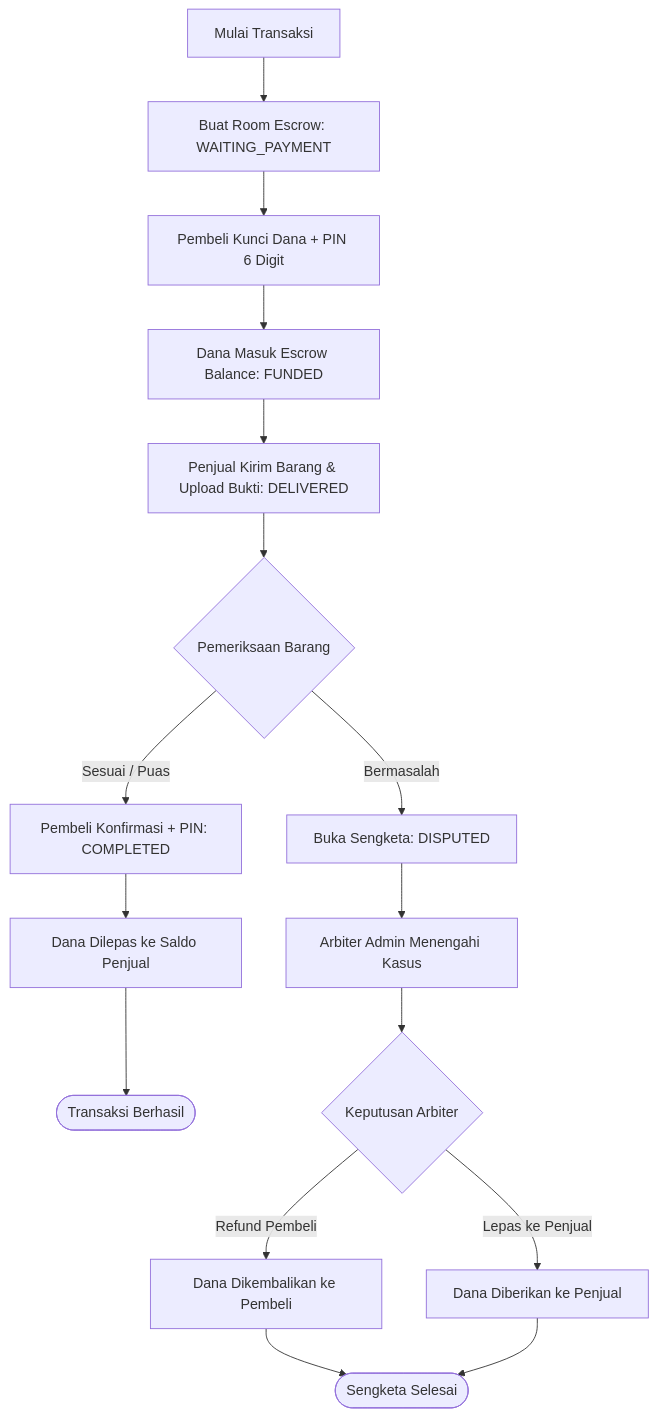
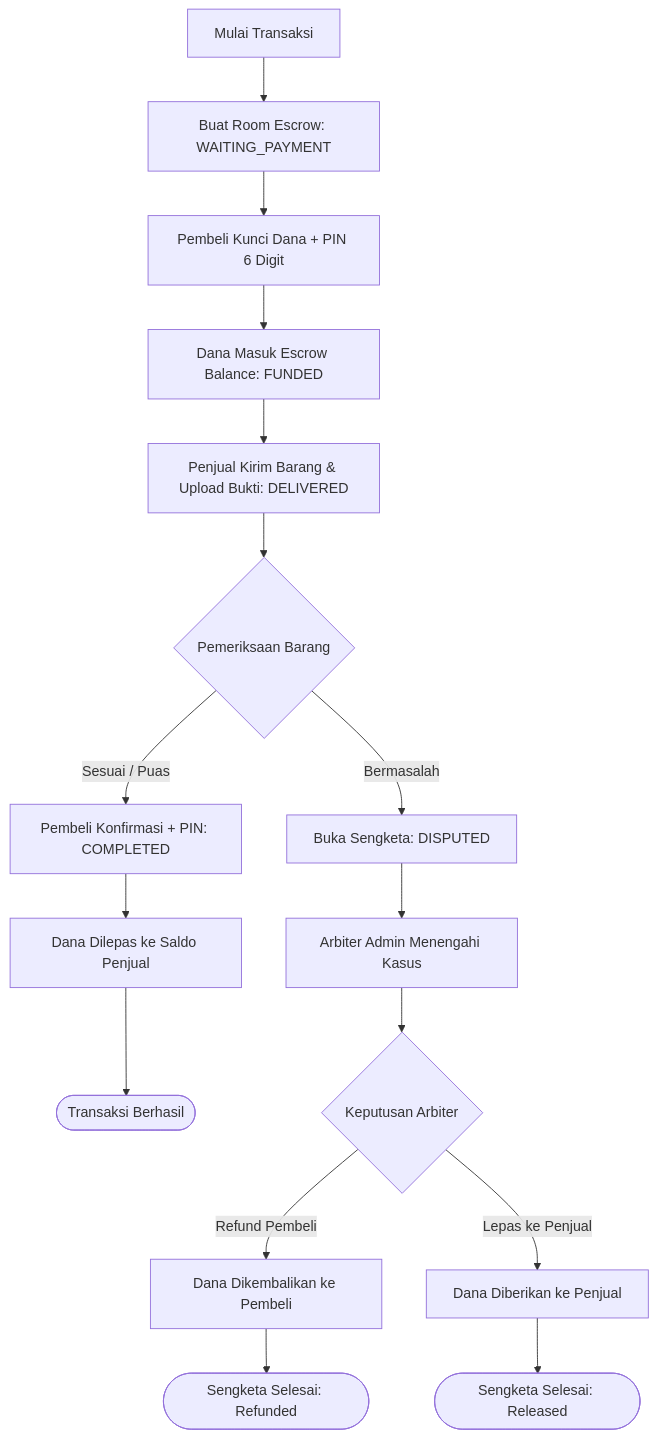
One commit to RichkyRahmadan/Eyes-Of-Priestess-V2 changed the second of 2 diagrams in README.md. Above: the diagram before and after it, drawn with Mermaid. The commit also changed 1 other file, not shown here.

Commit message:
docs: regenerate flowchart 5 with zero-crossing bifurcated lanes

````diff
--- a/README.md
+++ b/README.md
@@ -241,22 +241,22 @@
 ```mermaid
 flowchart TD
     A[Mulai Transaksi] --> B[Buat Room Escrow: WAITING_PAYMENT]
     B --> C[Pembeli Kunci Dana + PIN 6 Digit]
     C --> D[Dana Masuk Escrow Balance: FUNDED]
     D --> E[Penjual Kirim Barang & Upload Bukti: DELIVERED]
     E --> F{Pemeriksaan Barang}
     
     %% Jalur Sukses
     F -- Sesuai / Puas --> G[Pembeli Konfirmasi + PIN: COMPLETED]
     G --> H[Dana Dilepas ke Saldo Penjual]
     H --> END1([Transaksi Berhasil])
 
     %% Jalur Sengketa
     F -- Bermasalah --> I[Buka Sengketa: DISPUTED]
     I --> J[Arbiter Admin Menengahi Kasus]
     J --> K{Keputusan Arbiter}
     K -- Refund Pembeli --> L[Dana Dikembalikan ke Pembeli]
     K -- Lepas ke Penjual --> M[Dana Diberikan ke Penjual]
-    L --> END2([Sengketa Selesai])
-    M --> END2
+    L --> END2([Sengketa Selesai: Refunded])
+    M --> END3([Sengketa Selesai: Released])
 ```
````
